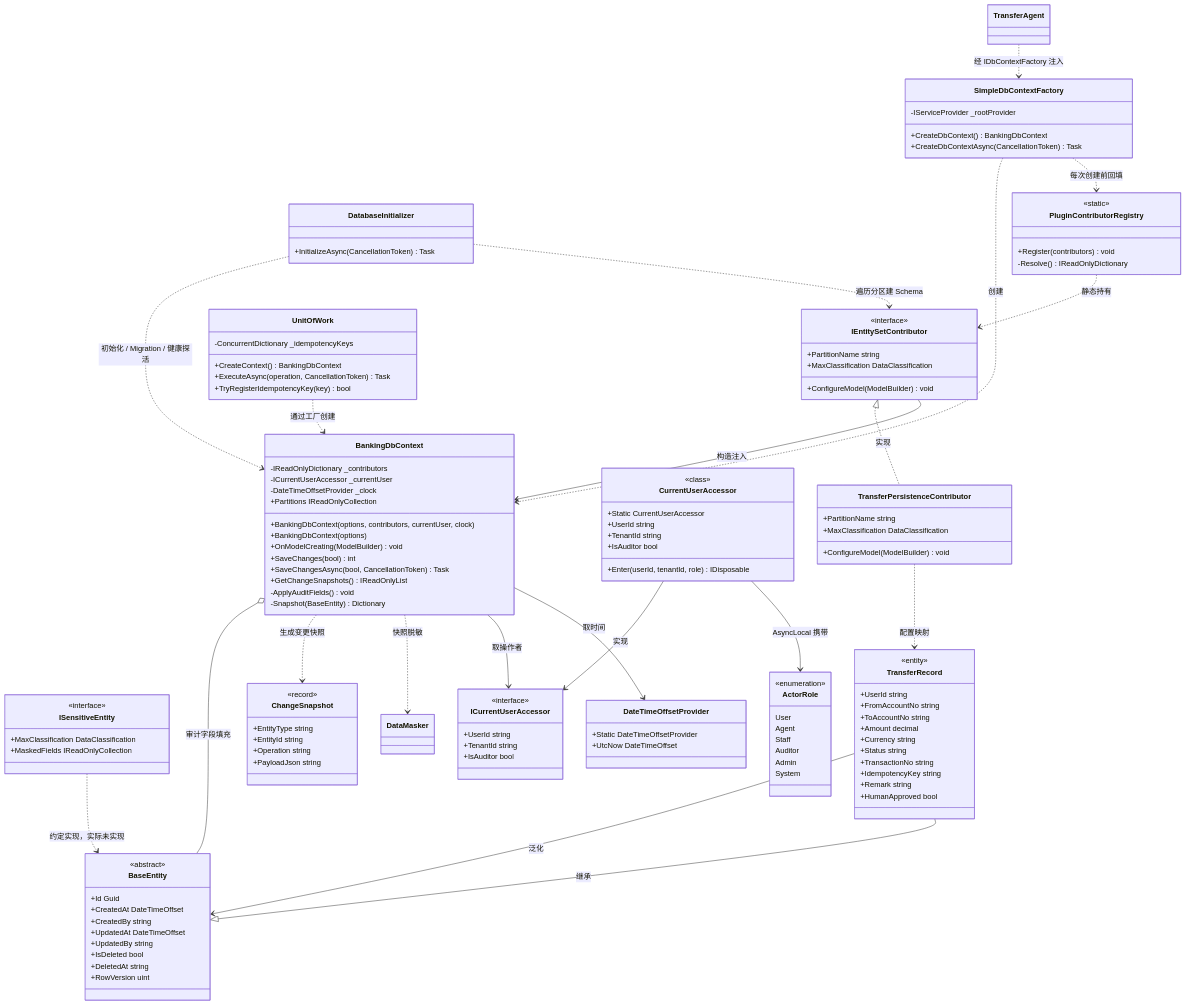
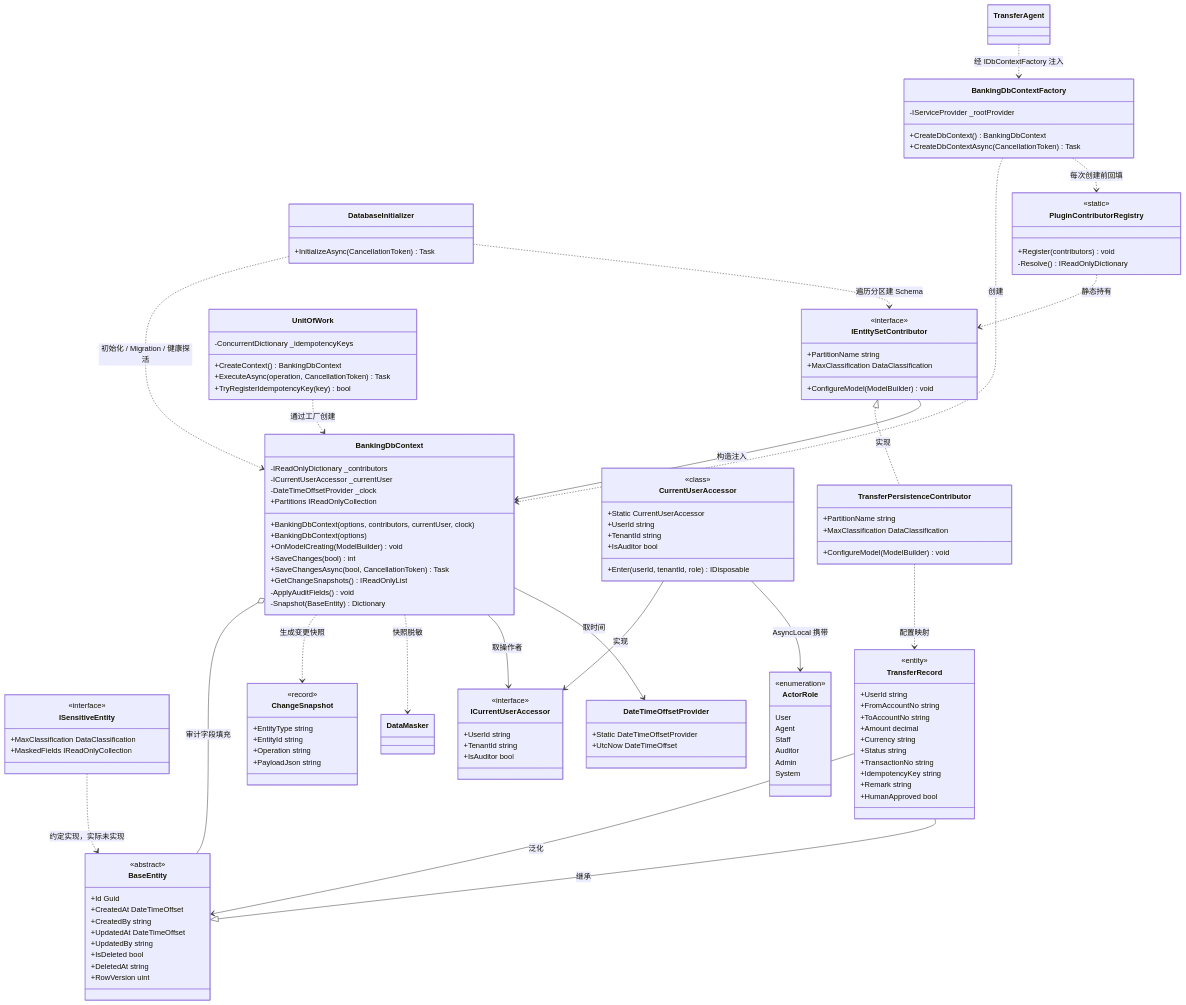
Before and after one commit to seevwis43825/ATM: the seventh of 12 diagrams in docs/09-uml/01-uml-diagrams.md, drawn with Mermaid. The commit also changed other lines of this file and 111 other files, not shown here.

````diff
--- a/docs/09-uml/01-uml-diagrams.md
+++ b/docs/09-uml/01-uml-diagrams.md
@@ -1046,7 +1046,7 @@
         +TryRegisterIdempotencyKey(key) bool
     }
 
-    class SimpleDbContextFactory {
+    class BankingDbContextFactory {
         -IServiceProvider _rootProvider
         +CreateDbContext() BankingDbContext
         +CreateDbContextAsync(CancellationToken) Task
@@ -1126,11 +1126,11 @@
     BankingDbContext --> DateTimeOffsetProvider : 取时间
     CurrentUserAccessor --> ICurrentUserAccessor : 实现
     CurrentUserAccessor --> ActorRole : AsyncLocal 携带
-    SimpleDbContextFactory ..> BankingDbContext : 创建
-    SimpleDbContextFactory ..> PluginContributorRegistry : 每次创建前回填
+    BankingDbContextFactory ..> BankingDbContext : 创建
+    BankingDbContextFactory ..> PluginContributorRegistry : 每次创建前回填
     PluginContributorRegistry ..> IEntitySetContributor : 静态持有
     UnitOfWork ..> BankingDbContext : 通过工厂创建
     DatabaseInitializer ..> BankingDbContext : 初始化 / Migration / 健康探活
     DatabaseInitializer ..> IEntitySetContributor : 遍历分区建 Schema
-    TransferAgent ..> SimpleDbContextFactory : 经 IDbContextFactory 注入
+    TransferAgent ..> BankingDbContextFactory : 经 IDbContextFactory 注入
 ```
````
